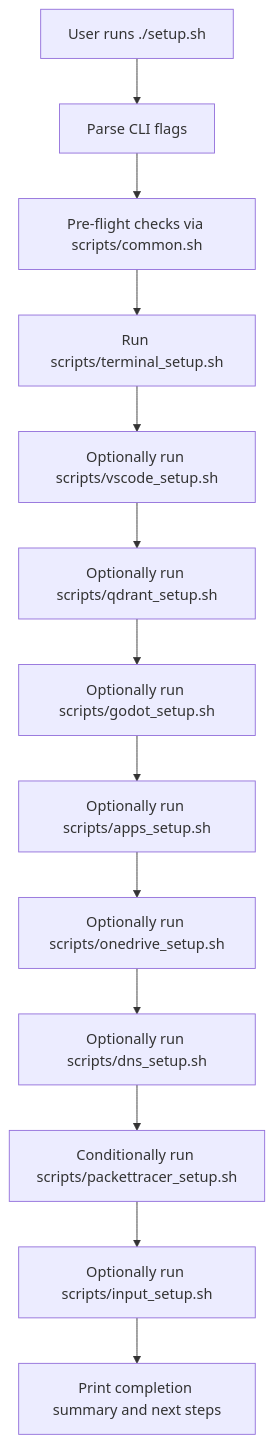
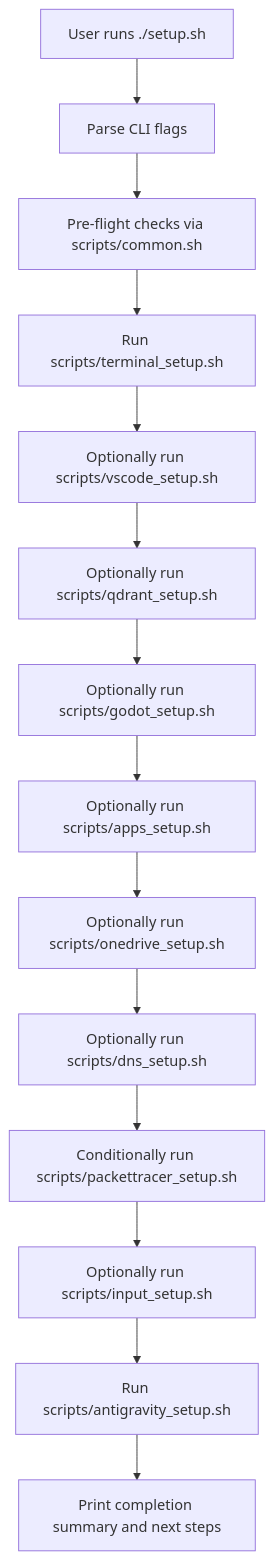
One commit to haingt-dev/workstation-setup changed the diagram in .kilocode/rules/memory-bank/architecture.md. Above: the diagram before and after it, drawn with Mermaid. The commit also changed other lines of this file and 7 other files, not shown here.

````diff
--- a/.kilocode/rules/memory-bank/architecture.md
+++ b/.kilocode/rules/memory-bank/architecture.md
@@ -45,15 +48,17 @@
 ```mermaid
 flowchart TD
   A[User runs ./setup.sh] --> B[Parse CLI flags]
   B --> C[Pre-flight checks via scripts/common.sh]
   C --> D[Run scripts/terminal_setup.sh]
   D --> E[Optionally run scripts/vscode_setup.sh]
   E --> F[Optionally run scripts/qdrant_setup.sh]
   F --> G[Optionally run scripts/godot_setup.sh]
   G --> H[Optionally run scripts/apps_setup.sh]
   H --> I[Optionally run scripts/onedrive_setup.sh]
   I --> J[Optionally run scripts/dns_setup.sh]
   J --> K[Conditionally run scripts/packettracer_setup.sh]
   K --> L[Optionally run scripts/input_setup.sh]
-  L --> M[Print completion summary and next steps]
+  L --> M[Run scripts/antigravity_setup.sh]
+  M --> N[Print completion summary and next steps]
+
 ```
````
